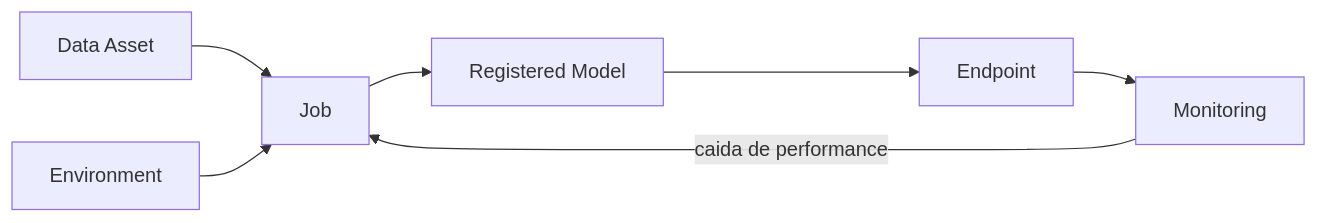
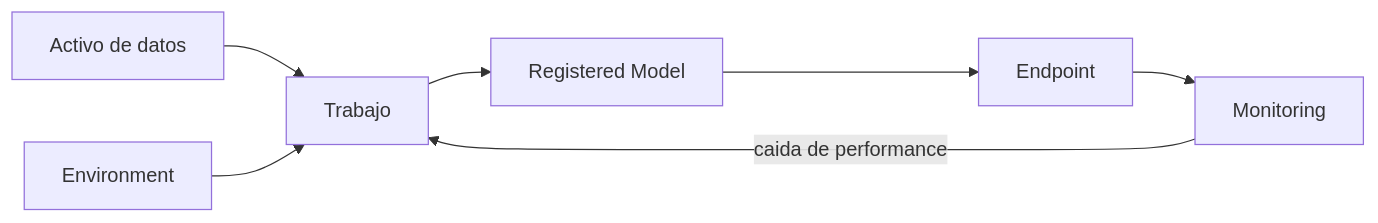
One commit to Cloud2BR-TEC/ai-academy-101-ml changed the diagram in docs/i18n/es/modules/04-assets-and-lifecycle.md. Above: the diagram before and after it, drawn with Mermaid. The commit also changed other lines of this file and 8 other files, not shown here.

````diff
--- a/docs/i18n/es/modules/04-assets-and-lifecycle.md
+++ b/docs/i18n/es/modules/04-assets-and-lifecycle.md
@@ -53,9 +53,9 @@
 ```mermaid
 graph LR
-    DA[Data Asset] --> J[Job]
+    DA[Activo de datos] --> J[Trabajo]
     ENV[Environment] --> J
     J --> M[Registered Model]
     M --> EP[Endpoint]
     EP --> MON[Monitoring]
     MON -->|caida de performance| J
 ```
````
